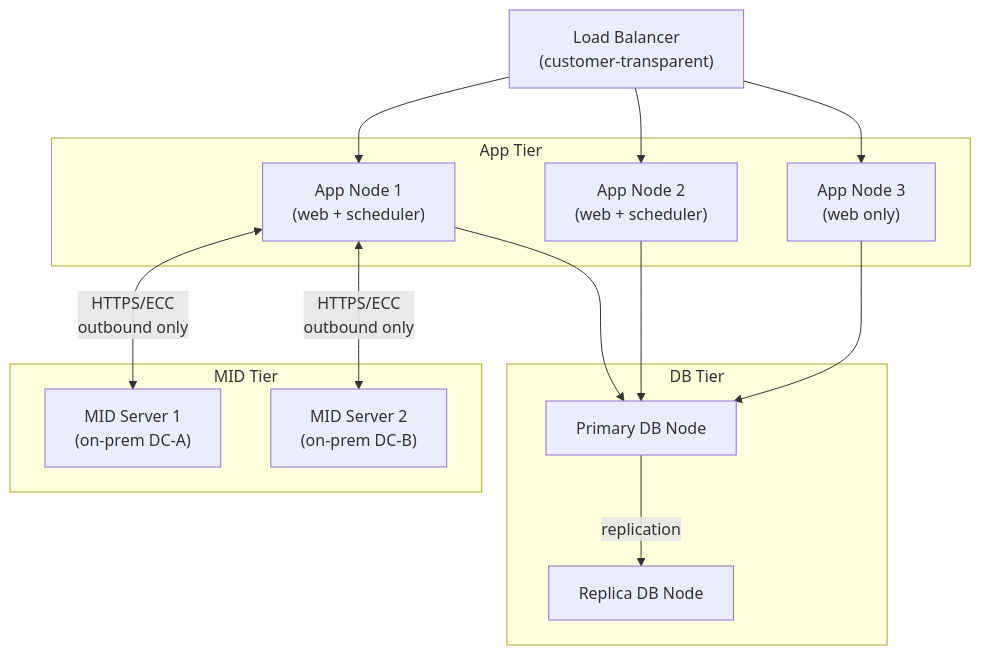
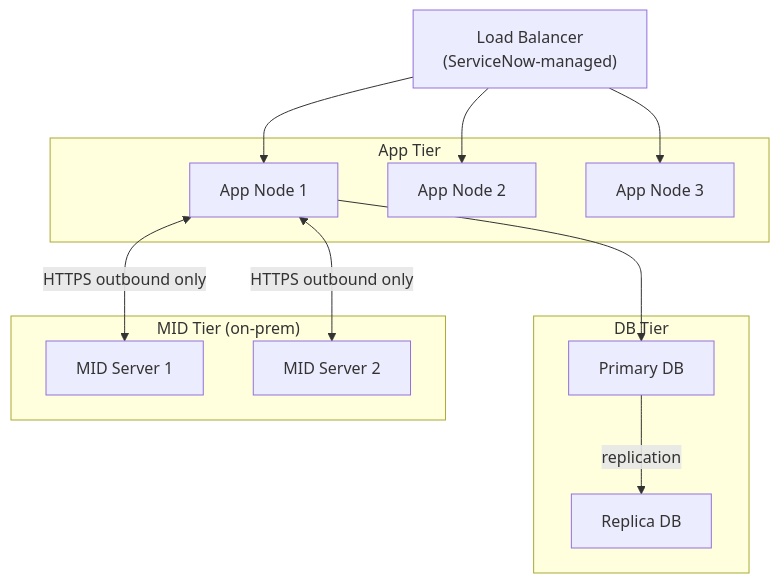
Before and after one commit to canast01/chris-kb: the diagram in docs/tools/servicenow/architecture/index.md, drawn with Mermaid. The commit also changed other lines of this file and 62 other files, not shown here.

````diff
--- a/docs/tools/servicenow/architecture/index.md
+++ b/docs/tools/servicenow/architecture/index.md
@@ -62,32 +27,28 @@
 ```mermaid
 graph TD
-    LB["Load Balancer\n(customer-transparent)"]
+    LB["Load Balancer\n(ServiceNow-managed)"]
 
-    subgraph App Tier
-        N1["App Node 1\n(web + scheduler)"]
-        N2["App Node 2\n(web + scheduler)"]
-        N3["App Node 3\n(web only)"]
+    subgraph App["App Tier"]
+        N1["App Node 1"]
+        N2["App Node 2"]
+        N3["App Node 3"]
     end
 
-    subgraph DB Tier
-        PRI["Primary DB Node"]
-        REP["Replica DB Node"]
+    subgraph DB["DB Tier"]
+        PRI["Primary DB"]
+        REP["Replica DB"]
     end
 
-    subgraph MID Tier
-        MID1["MID Server 1\n(on-prem DC-A)"]
-        MID2["MID Server 2\n(on-prem DC-B)"]
+    subgraph MID["MID Tier (on-prem)"]
+        MID1["MID Server 1"]
+        MID2["MID Server 2"]
     end
 
     LB --> N1
     LB --> N2
     LB --> N3
-
     N1 --> PRI
-    N2 --> PRI
-    N3 --> PRI
     PRI -- replication --> REP
-
-    N1 <-->|"HTTPS/ECC\noutbound only"| MID1
-    N1 <-->|"HTTPS/ECC\noutbound only"| MID2
+    N1 <-->|"HTTPS outbound only"| MID1
+    N1 <-->|"HTTPS outbound only"| MID2
 ```
````
